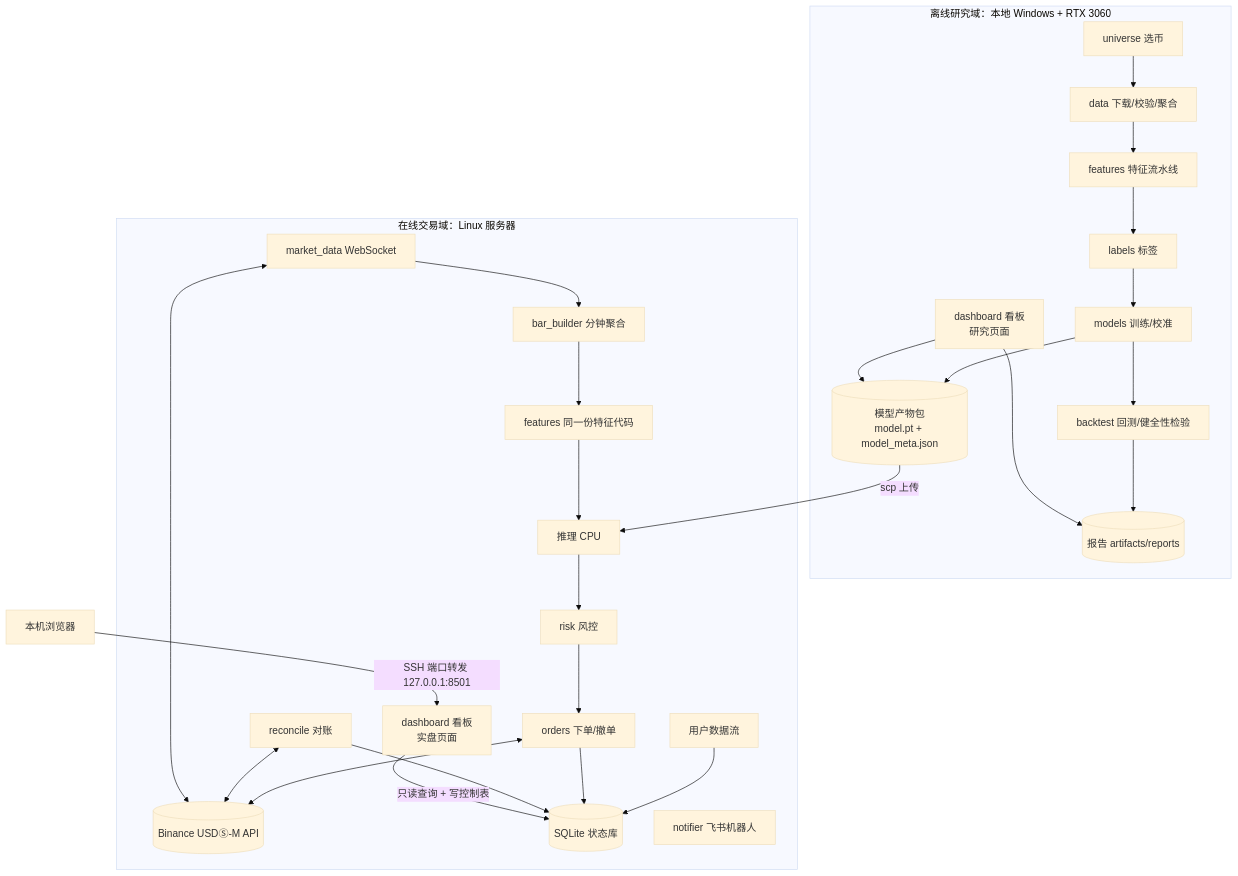
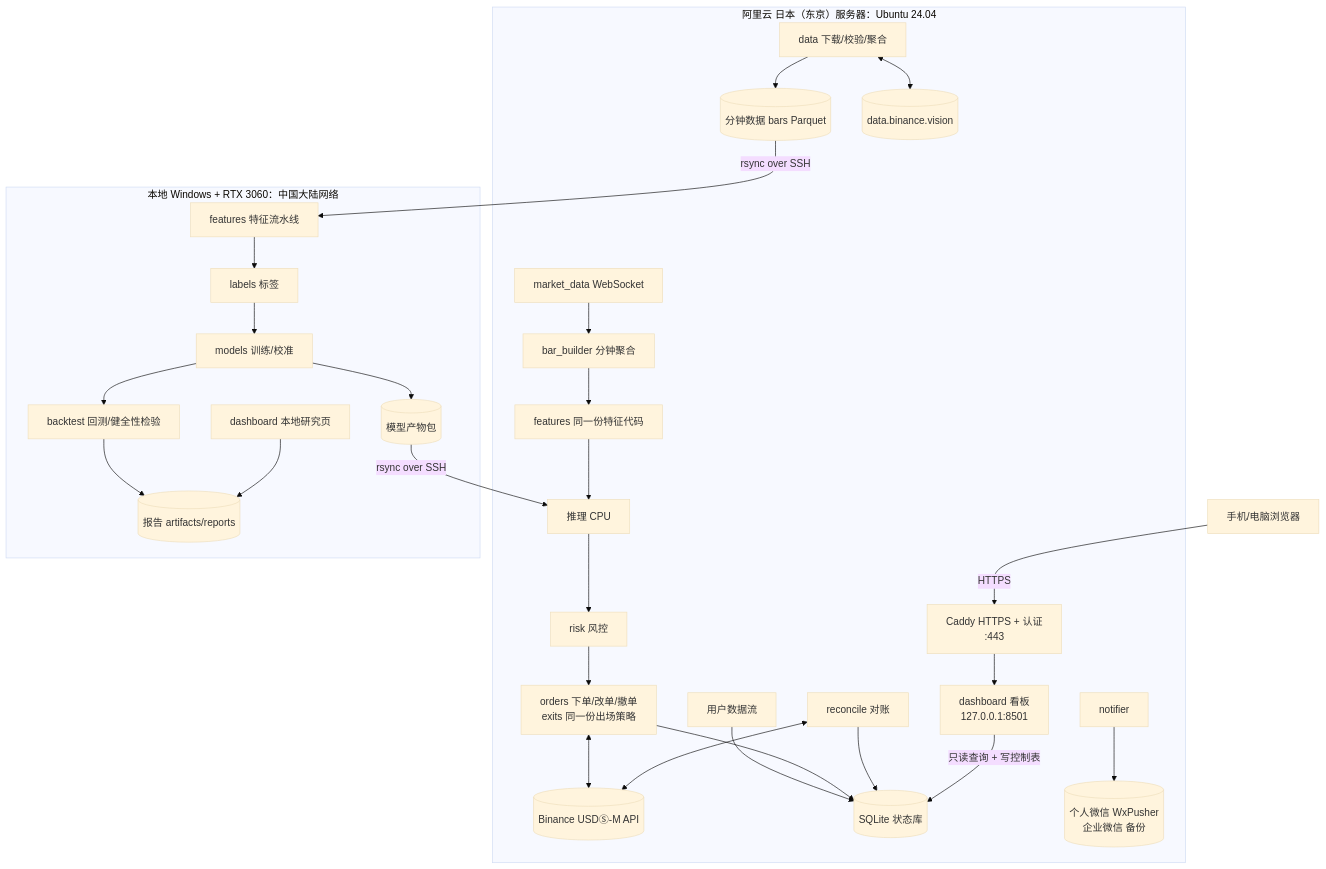
Before and after one commit to wumingze704-bit/bn-trade: the diagram in docs/02-系统架构与部署.md, drawn with Mermaid (base theme). The commit also changed other lines of this file and 11 other files, not shown here.

````diff
--- a/docs/02-系统架构与部署.md
+++ b/docs/02-系统架构与部署.md
@@ -7,31 +7,31 @@
 ```mermaid
 flowchart TB
-    subgraph 本地Windows[离线研究域：本地 Windows + RTX 3060]
-        U[universe 选币] --> DL[data 下载/校验/聚合]
-        DL --> FE1[features 特征流水线]
-        FE1 --> LB[labels 标签]
-        LB --> TR[models 训练/校准]
-        TR --> BT[backtest 回测/健全性检验]
-        BT --> RP[(报告 artifacts/reports)]
-        TR --> ART[(模型产物包<br/>model.pt + model_meta.json)]
-        DB1[dashboard 看板<br/>研究页面] --> RP
-        DB1 --> ART
-    end
-    subgraph 实盘服务器[在线交易域：Linux 服务器]
+    subgraph 服务器[阿里云 日本（东京）服务器：Ubuntu 24.04]
+        DL[data 下载/校验/聚合] --> BARS[(分钟数据 bars Parquet)]
         WS[market_data WebSocket] --> BB[bar_builder 分钟聚合]
         BB --> FE2[features 同一份特征代码]
         FE2 --> INF[推理 CPU]
         INF --> RK[risk 风控]
-        RK --> OM[orders 下单/撤单]
+        RK --> OM[orders 下单/改单/撤单<br/>exits 同一份出场策略]
         OM <--> EX[(Binance USDⓈ-M API)]
+        DL <--> EXD[(data.binance.vision)]
         UDS[用户数据流] --> ST[(SQLite 状态库)]
         OM --> ST
         REC[reconcile 对账] <--> EX
         REC --> ST
-        NT[notifier 飞书机器人]
-        DB2[dashboard 看板<br/>实盘页面] -->|只读查询 + 写控制表| ST
+        NT[notifier] --> WX[(个人微信 WxPusher<br/>企业微信 备份)]
+        DB2[dashboard 看板<br/>127.0.0.1:8501] -->|只读查询 + 写控制表| ST
+        CADDY[Caddy HTTPS + 认证<br/>:443] --> DB2
     end
-    ART -->|scp 上传| INF
-    WS <--> EX
-    浏览器[本机浏览器] -->|SSH 端口转发 127.0.0.1:8501| DB2
+    subgraph 本地[本地 Windows + RTX 3060：中国大陆网络]
+        FE1[features 特征流水线] --> LB[labels 标签]
+        LB --> TR[models 训练/校准]
+        TR --> BT[backtest 回测/健全性检验]
+        BT --> RP[(报告 artifacts/reports)]
+        TR --> ART[(模型产物包)]
+        DB1[dashboard 本地研究页] --> RP
+    end
+    BARS -->|rsync over SSH| FE1
+    ART -->|rsync over SSH| INF
+    手机[手机/电脑浏览器] -->|HTTPS| CADDY
 ```
````
